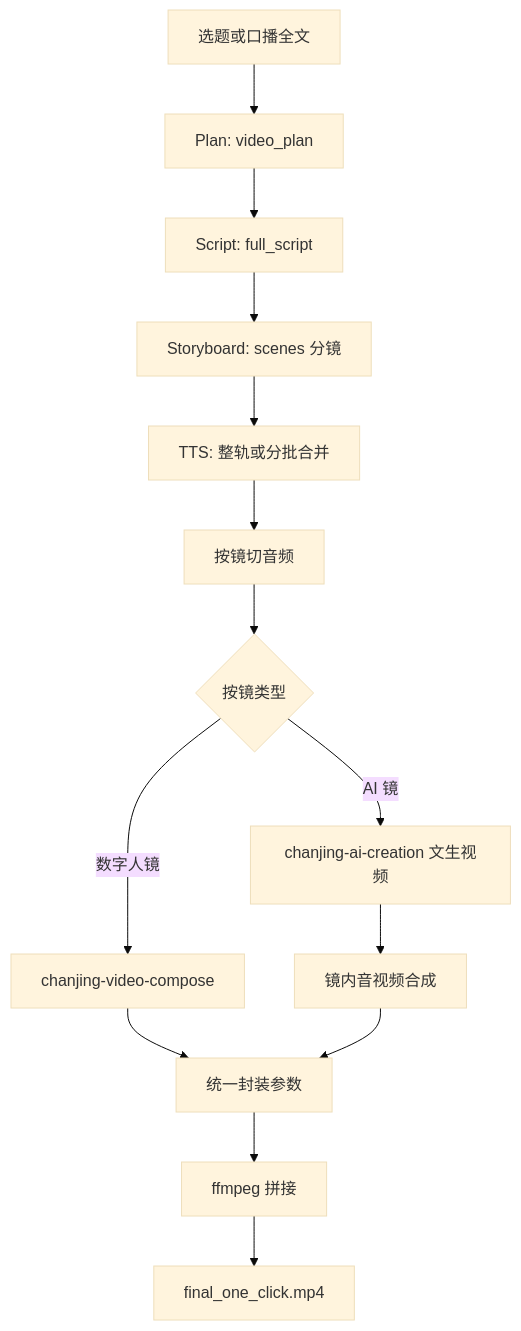
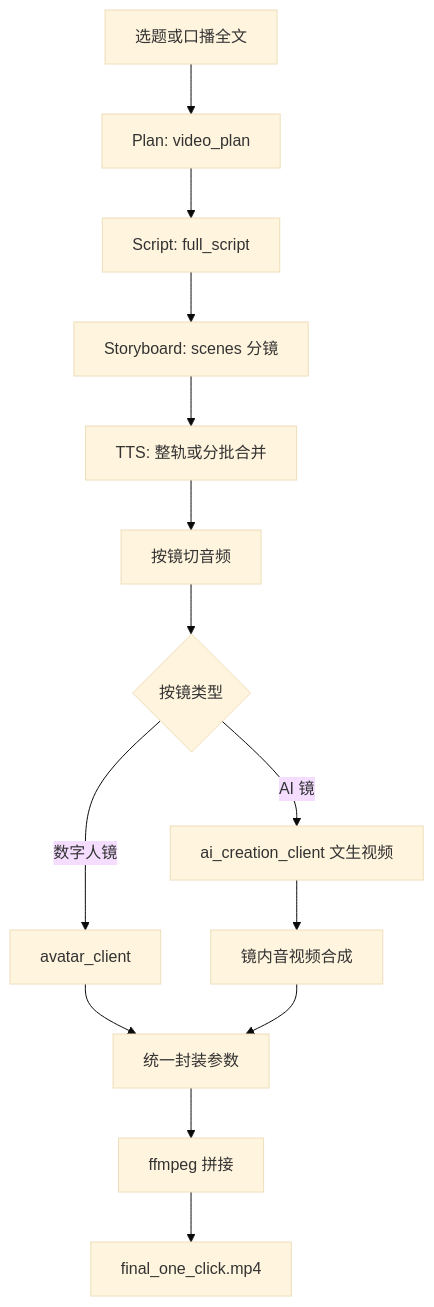
Before and after one commit to zuoyuting214/chan-skills: the diagram in skills/chanjing-one-click-video-creation/README.md, drawn with Mermaid (base theme). The commit also changed other lines of this file and 9 other files, not shown here.

Commit message:
fix chanjing-one-click-video-creation

````diff
--- a/skills/chanjing-one-click-video-creation/README.md
+++ b/skills/chanjing-one-click-video-creation/README.md
@@ -53,16 +52,16 @@
 ```mermaid
 flowchart TD
   IN[选题或口播全文] --> PLAN[Plan: video_plan]
   PLAN --> SCR[Script: full_script]
   SCR --> SB[Storyboard: scenes 分镜]
   SB --> TTS[TTS: 整轨或分批合并]
   TTS --> CUT[按镜切音频]
   CUT --> BR{按镜类型}
-  BR -->|数字人镜| DH[chanjing-video-compose]
-  BR -->|AI 镜| AI[chanjing-ai-creation 文生视频]
+  BR -->|数字人镜| DH[avatar_client]
+  BR -->|AI 镜| AI[ai_creation_client 文生视频]
   AI --> MUX[镜内音视频合成]
   DH --> NORM[统一封装参数]
   MUX --> NORM
   NORM --> FF[ffmpeg 拼接]
   FF --> OUT[final_one_click.mp4]
 ```
````
